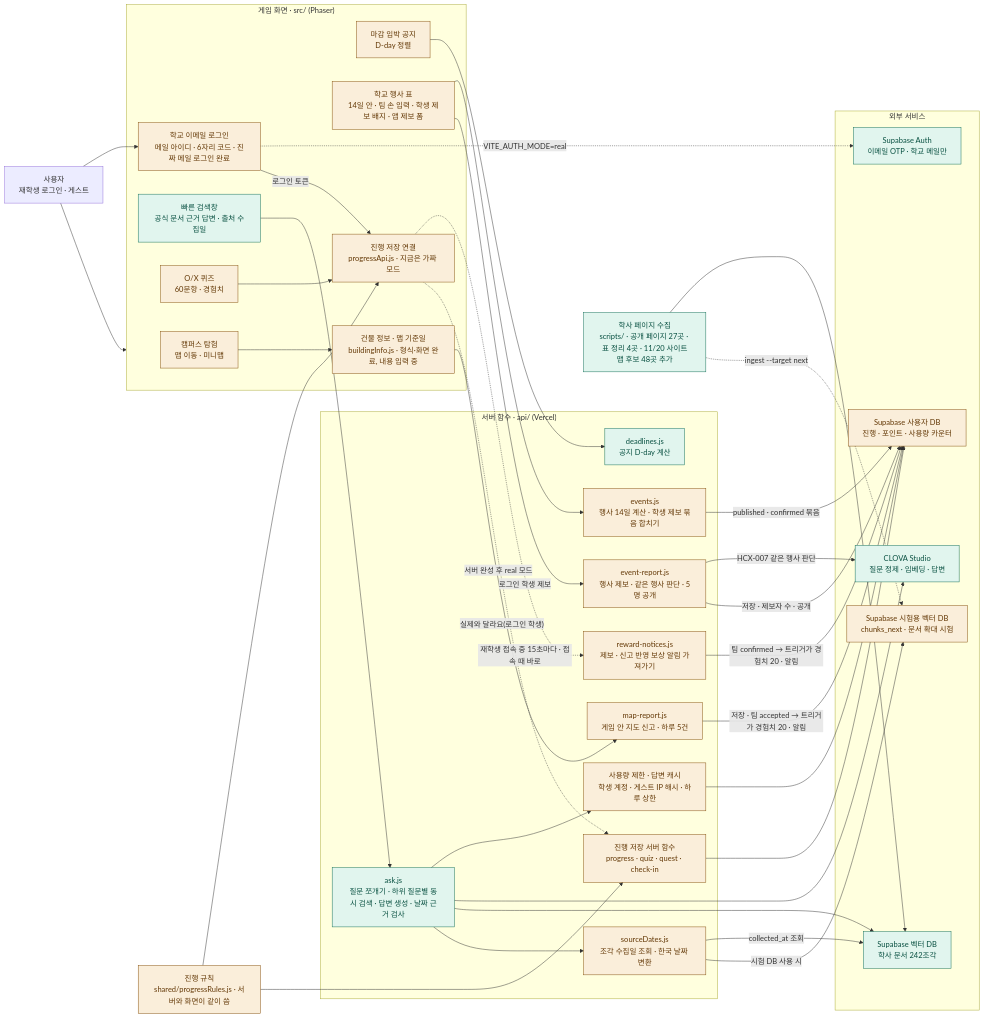
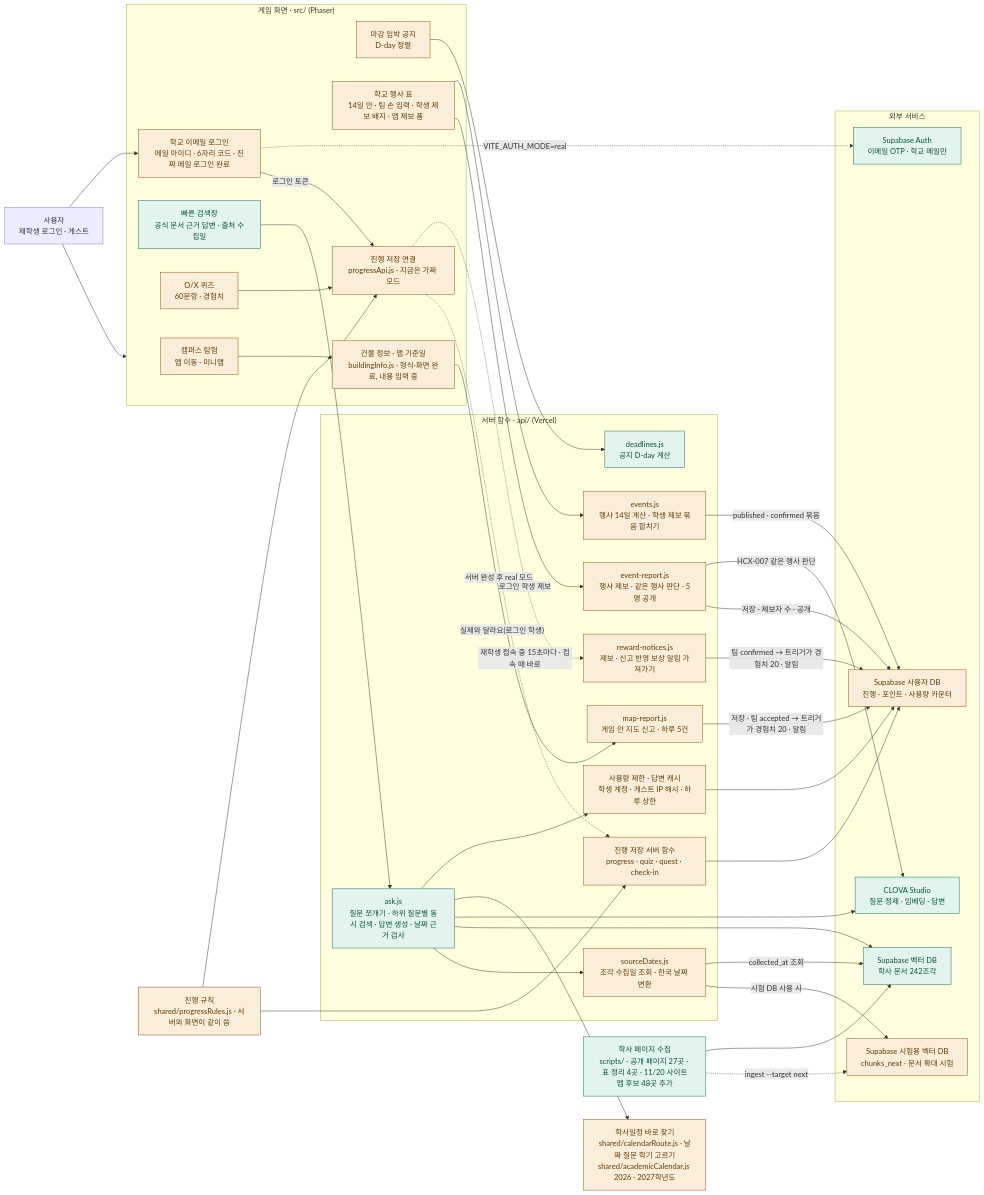
The diagram in docs/ARCHITECTURE.md (202502859-source/hufs-quest), drawn with Mermaid before and after one commit. The commit also changed other lines of this file and 12 other files, not shown here.

````diff
--- a/docs/ARCHITECTURE.md
+++ b/docs/ARCHITECTURE.md
@@ -8,77 +8,79 @@
 ```mermaid
 flowchart LR
     user["사용자<br/>재학생 로그인 · 게스트"]
 
     subgraph game["게임 화면 · src/ (Phaser)"]
         explore["캠퍼스 탐험<br/>맵 이동 · 미니맵"]
         search["빠른 검색창<br/>공식 문서 근거 답변 · 출처 수집일"]
         quiz["O/X 퀴즈<br/>60문항 · 경험치"]
         notice["마감 임박 공지<br/>D-day 정렬"]
         events["학교 행사 표<br/>14일 안 · 팀 손 입력 · 학생 제보 배지 · 앱 제보 폼"]
         mapInfo["건물 정보 · 맵 기준일<br/>buildingInfo.js · 형식·화면 완료, 내용 입력 중"]
         progress["진행 저장 연결<br/>progressApi.js · 지금은 가짜 모드"]
         login["학교 이메일 로그인<br/>메일 아이디 · 6자리 코드 · 진짜 메일 로그인 완료"]
     end
 
     rules["진행 규칙<br/>shared/progressRules.js · 서버와 화면이 같이 씀"]
+    calRoute["학사일정 바로 찾기<br/>shared/calendarRoute.js · 날짜 질문 학기 고르기<br/>shared/academicCalendar.js 2026 · 2027학년도"]
 
     subgraph server["서버 함수 · api/ (Vercel)"]
         ask["ask.js<br/>질문 쪼개기 · 하위 질문별 동시 검색 · 답변 생성 · 날짜 근거 검사"]
         sourceDates["sourceDates.js<br/>조각 수집일 조회 · 한국 날짜 변환"]
         deadlines["deadlines.js<br/>공지 D-day 계산"]
         eventsApi["events.js<br/>행사 14일 계산 · 학생 제보 묶음 합치기"]
         eventReport["event-report.js<br/>행사 제보 · 같은 행사 판단 · 5명 공개"]
         rewardNotice["reward-notices.js<br/>제보 · 신고 반영 보상 알림 가져가기"]
         mapReport["map-report.js<br/>게임 안 지도 신고 · 하루 5건"]
         newApi["진행 저장 서버 함수<br/>progress · quiz · quest · check-in"]
         limiter["사용량 제한 · 답변 캐시<br/>학생 계정 · 게스트 IP 해시 · 하루 상한"]
     end
 
     subgraph external["외부 서비스"]
         clova["CLOVA Studio<br/>질문 정제 · 임베딩 · 답변"]
         supaAuth["Supabase Auth<br/>이메일 OTP · 학교 메일만"]
         vector["Supabase 벡터 DB<br/>학사 문서 242조각"]
         userDb["Supabase 사용자 DB<br/>진행 · 포인트 · 사용량 카운터"]
         vectorNext["Supabase 시험용 벡터 DB<br/>chunks_next · 문서 확대 시험"]
     end
 
     collect["학사 페이지 수집<br/>scripts/ · 공개 페이지 27곳 · 표 정리 4곳 · 11/20 사이트맵 후보 48곳 추가"]
 
     user --> game
     user --> login
     login -.->|"VITE_AUTH_MODE=real"| supaAuth
     login -->|"로그인 토큰"| progress
     search --> ask
     notice --> deadlines
     events --> eventsApi
     events -->|"로그인 학생 제보"| eventReport
     eventsApi -->|"published · confirmed 묶음"| userDb
     eventReport -->|"HCX-007 같은 행사 판단"| clova
     eventReport -->|"저장 · 제보자 수 · 공개"| userDb
     progress -.->|"재학생 접속 중 15초마다 · 접속 때 바로"| rewardNotice
     rewardNotice -->|"팀 confirmed → 트리거가 경험치 20 · 알림"| userDb
     mapInfo -->|"실제와 달라요(로그인 학생)"| mapReport
     mapReport -->|"저장 · 팀 accepted → 트리거가 경험치 20 · 알림"| userDb
     quiz --> progress
     progress -.->|"서버 완성 후 real 모드"| newApi
     rules --> progress
     rules --> newApi
     explore --> mapInfo
     ask --> limiter
+    ask --> calRoute
     limiter --> userDb
     ask --> clova
     ask --> vector
     ask --> sourceDates
     sourceDates -->|"collected_at 조회"| vector
     sourceDates -->|"시험 DB 사용 시"| vectorNext
     newApi --> userDb
     collect --> vector
     collect -.->|"ingest --target next"| vectorNext
 
     classDef done fill:#E1F5EE,stroke:#0F6E56,color:#085041
     classDef partial fill:#FAEEDA,stroke:#854F0B,color:#633806
     classDef todo fill:#FAECE7,stroke:#993C1D,color:#712B13,stroke-dasharray:5 3
 
     class search,ask,deadlines,clova,vector,collect,supaAuth done
-    class explore,quiz,notice,progress,rules,userDb,login,limiter,mapInfo,newApi,vectorNext,events,eventsApi,sourceDates,eventReport,rewardNotice,mapReport partial
+    class explore,quiz,notice,progress,rules,userDb,login,limiter,mapInfo,newApi,vectorNext,events,eventsApi,sourceDates,eventReport,rewardNotice,mapReport,calRoute partial
 ```
````
